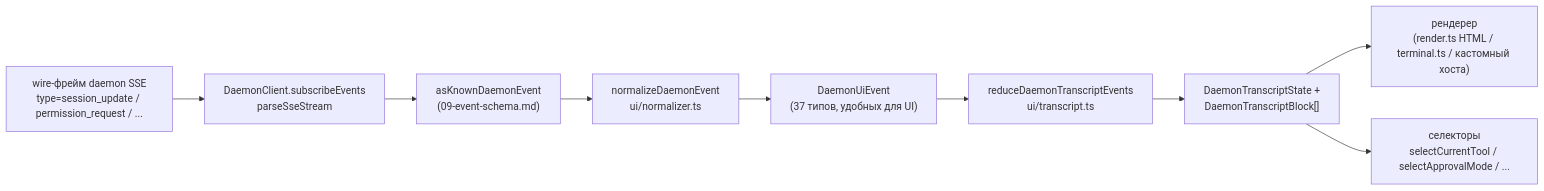
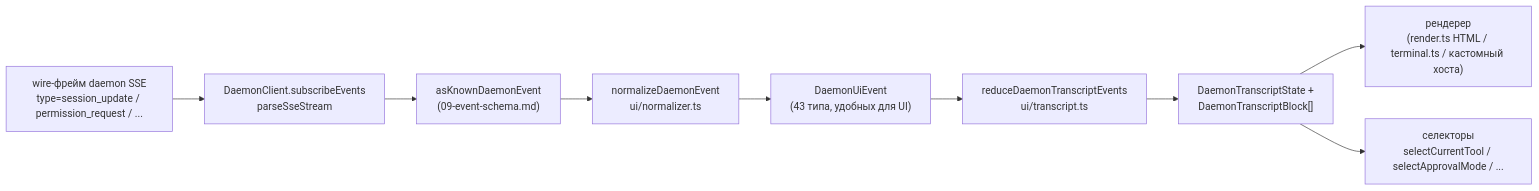
One commit to QwenLM/qwen-code-docs changed the diagram in website/content/ru/developers/daemon/14-cli-tui-adapter.md. Above: the diagram before and after it, drawn with Mermaid. The commit also changed other lines of this file and 265 other files, not shown here.

````diff
--- a/website/content/ru/developers/daemon/14-cli-tui-adapter.md
+++ b/website/content/ru/developers/daemon/14-cli-tui-adapter.md
@@ -114,12 +114,12 @@
 ```mermaid
 flowchart LR
     A["wire-фрейм daemon SSE<br/>type=session_update / permission_request / ..."]
     A --> B["DaemonClient.subscribeEvents<br/>parseSseStream"]
     B --> C["asKnownDaemonEvent<br/>(09-event-schema.md)"]
     C --> D["normalizeDaemonEvent<br/>ui/normalizer.ts"]
-    D --> E["DaemonUiEvent<br/>(37 типов, удобных для UI)"]
+    D --> E["DaemonUiEvent<br/>(43 типа, удобных для UI)"]
     E --> F["reduceDaemonTranscriptEvents<br/>ui/transcript.ts"]
     F --> G["DaemonTranscriptState +<br/>DaemonTranscriptBlock[]"]
     G --> H["рендерер<br/>(render.ts HTML / terminal.ts / кастомный хоста)"]
     G --> I["селекторы<br/>selectCurrentTool / selectApprovalMode / ..."]
 ```
````
